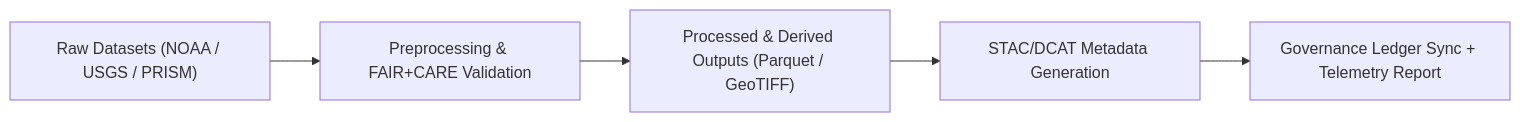
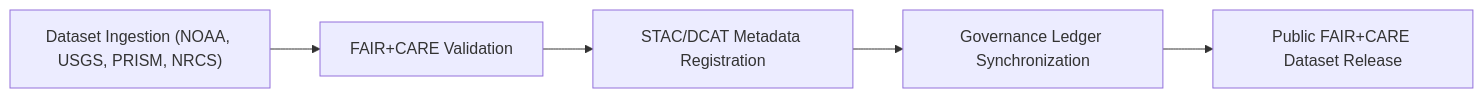
Before and after one commit to bartytime4life/Kansas-Frontier-Matrix: the second of 2 diagrams in docs/analyses/hydrology/drought-flood-correlation/methods/datasets/README.md, drawn with Mermaid. The commit also changed other lines of this file, not shown here.

````diff
--- a/docs/analyses/hydrology/drought-flood-correlation/methods/datasets/README.md
+++ b/docs/analyses/hydrology/drought-flood-correlation/methods/datasets/README.md
@@ -164,7 +174,7 @@
 ```mermaid
 flowchart LR
-A["Raw Datasets (NOAA / USGS / PRISM)"] --> B["Preprocessing & FAIR+CARE Validation"]
-B --> C["Processed & Derived Outputs (Parquet / GeoTIFF)"]
-C --> D["STAC/DCAT Metadata Generation"]
-D --> E["Governance Ledger Sync + Telemetry Report"]
+A["Dataset Ingestion (NOAA, USGS, PRISM, NRCS)"] --> B["FAIR+CARE Validation"]
+B --> C["STAC/DCAT Metadata Registration"]
+C --> D["Governance Ledger Synchronization"]
+D --> E["Public FAIR+CARE Dataset Release"]
 ```
````
